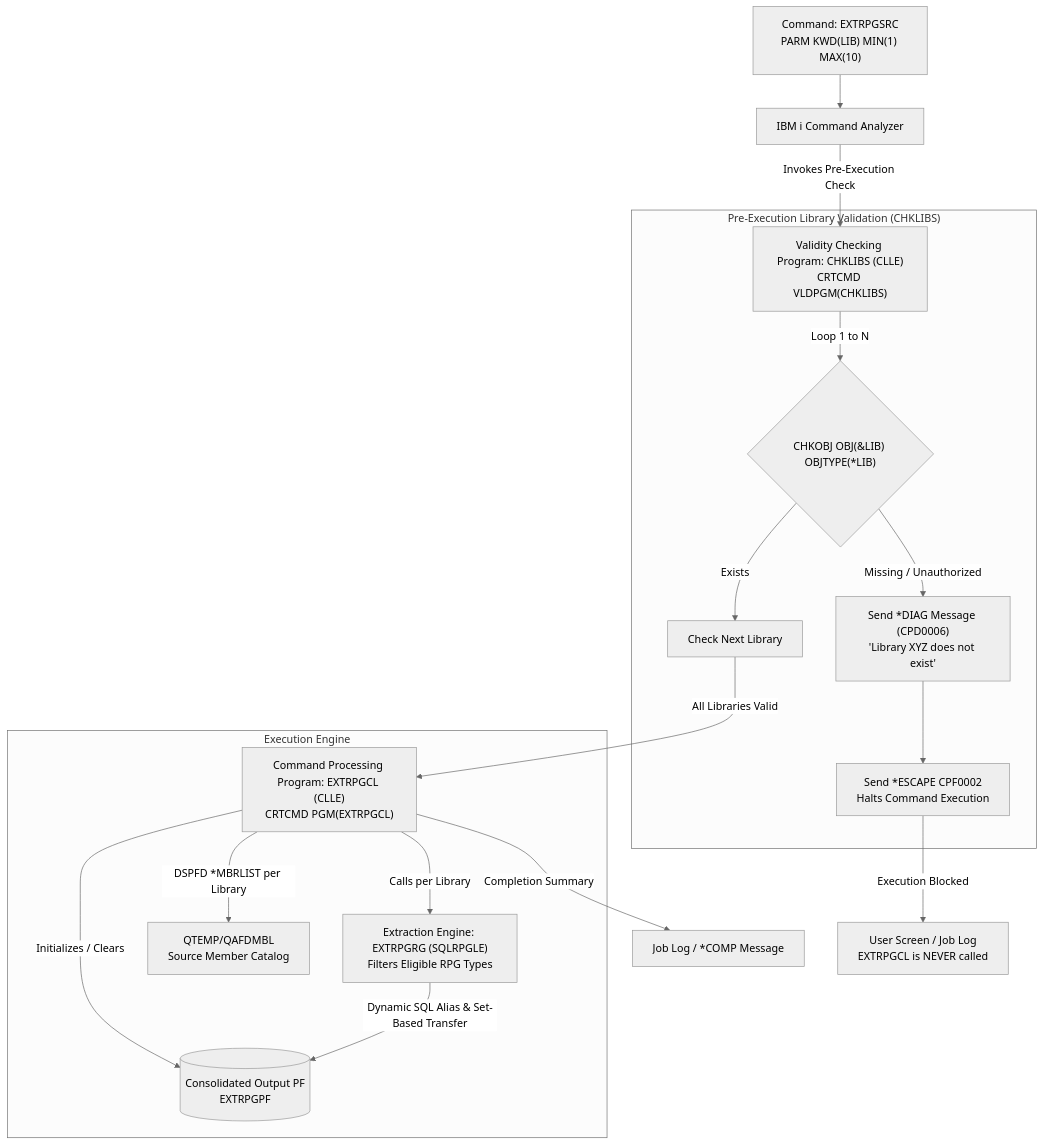
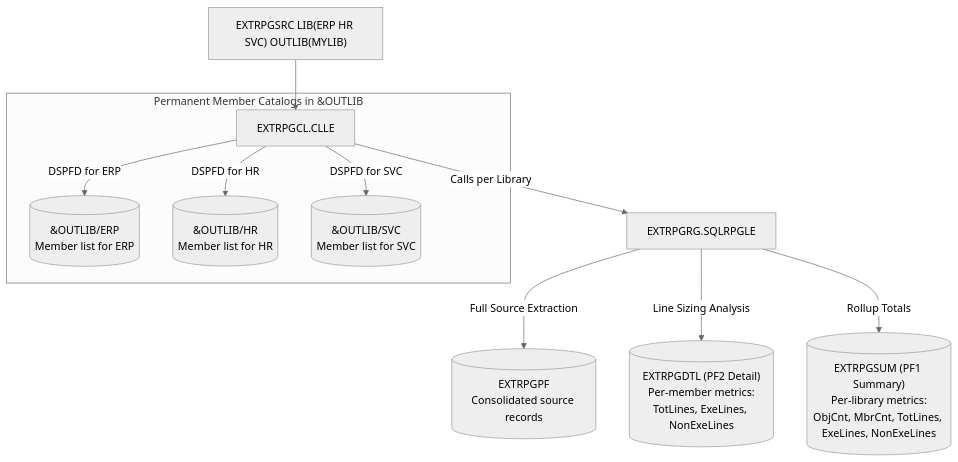
One commit to dkumarsing7/Ajeet-task changed the diagram in README.md. Above: the diagram before and after it, drawn with Mermaid (neutral theme). The commit also changed other lines of this file and 7 other files, not shown here.

Commit message:
Add PF1/PF2 sizing metrics and store library member catalogs in OUTLIB named after curlib

````diff
--- a/README.md
+++ b/README.md
@@ -27,24 +11,16 @@
 ```mermaid
 flowchart TD
-    CMD["Command: EXTRPGSRC<br/>PARM KWD(LIB) MIN(1) MAX(10)"] --> CA["IBM i Command Analyzer"]
-    CA -->|Invokes Pre-Execution Check| VLD["Validity Checking Program: CHKLIBS (CLLE)<br/>CRTCMD VLDPGM(CHKLIBS)"]
+    CMD["EXTRPGSRC LIB(ERP HR SVC) OUTLIB(MYLIB)"] --> CL["EXTRPGCL.CLLE"]
     
-    subgraph PreCheck ["Pre-Execution Library Validation (CHKLIBS)"]
-        VLD -->|Loop 1 to N| CHKLIB{"CHKOBJ OBJ(&LIB) OBJTYPE(*LIB)"}
-        CHKLIB -->|Exists| NEXTLIB["Check Next Library"]
-        CHKLIB -->|Missing / Unauthorized| DIAG["Send *DIAG Message (CPD0006)<br/>'Library XYZ does not exist'"]
-        DIAG --> ESC["Send *ESCAPE CPF0002<br/>Halts Command Execution"]
+    subgraph Catalogs ["Permanent Member Catalogs in &OUTLIB"]
+        CL -->|DSPFD for ERP| CAT1[("&OUTLIB/ERP<br/>Member list for ERP")]
+        CL -->|DSPFD for HR| CAT2[("&OUTLIB/HR<br/>Member list for HR")]
+        CL -->|DSPFD for SVC| CAT3[("&OUTLIB/SVC<br/>Member list for SVC")]
     end
 
-    ESC -->|Execution Blocked| STOP["User Screen / Job Log<br/>EXTRPGCL is NEVER called"]
-    NEXTLIB -->|All Libraries Valid| CPP["Command Processing Program: EXTRPGCL (CLLE)<br/>CRTCMD PGM(EXTRPGCL)"]
-
-    subgraph CoreEngine ["Execution Engine"]
-        CPP -->|Initializes / Clears| PF[("Consolidated Output PF<br/>EXTRPGPF")]
-        CPP -->|DSPFD *MBRLIST per Library| QTEMP["QTEMP/QAFDMBL<br/>Source Member Catalog"]
-        CPP -->|Calls per Library| RPG["Extraction Engine: EXTRPGRG (SQLRPGLE)<br/>Filters Eligible RPG Types"]
-        RPG -->|Dynamic SQL Alias & Set-Based Transfer| PF
-    end
-
-    CPP -->|Completion Summary| LOG["Job Log / *COMP Message"]
+    CL -->|Calls per Library| RPG["EXTRPGRG.SQLRPGLE"]
+    
+    RPG -->|Full Source Extraction| T2[("EXTRPGPF<br/>Consolidated source records")]
+    RPG -->|Line Sizing Analysis| T3[("EXTRPGDTL (PF2 Detail)<br/>Per-member metrics:<br/>TotLines, ExeLines, NonExeLines")]
+    RPG -->|Rollup Totals| T4[("EXTRPGSUM (PF1 Summary)<br/>Per-library metrics:<br/>ObjCnt, MbrCnt, TotLines, ExeLines, NonExeLines")]
 ```
````
